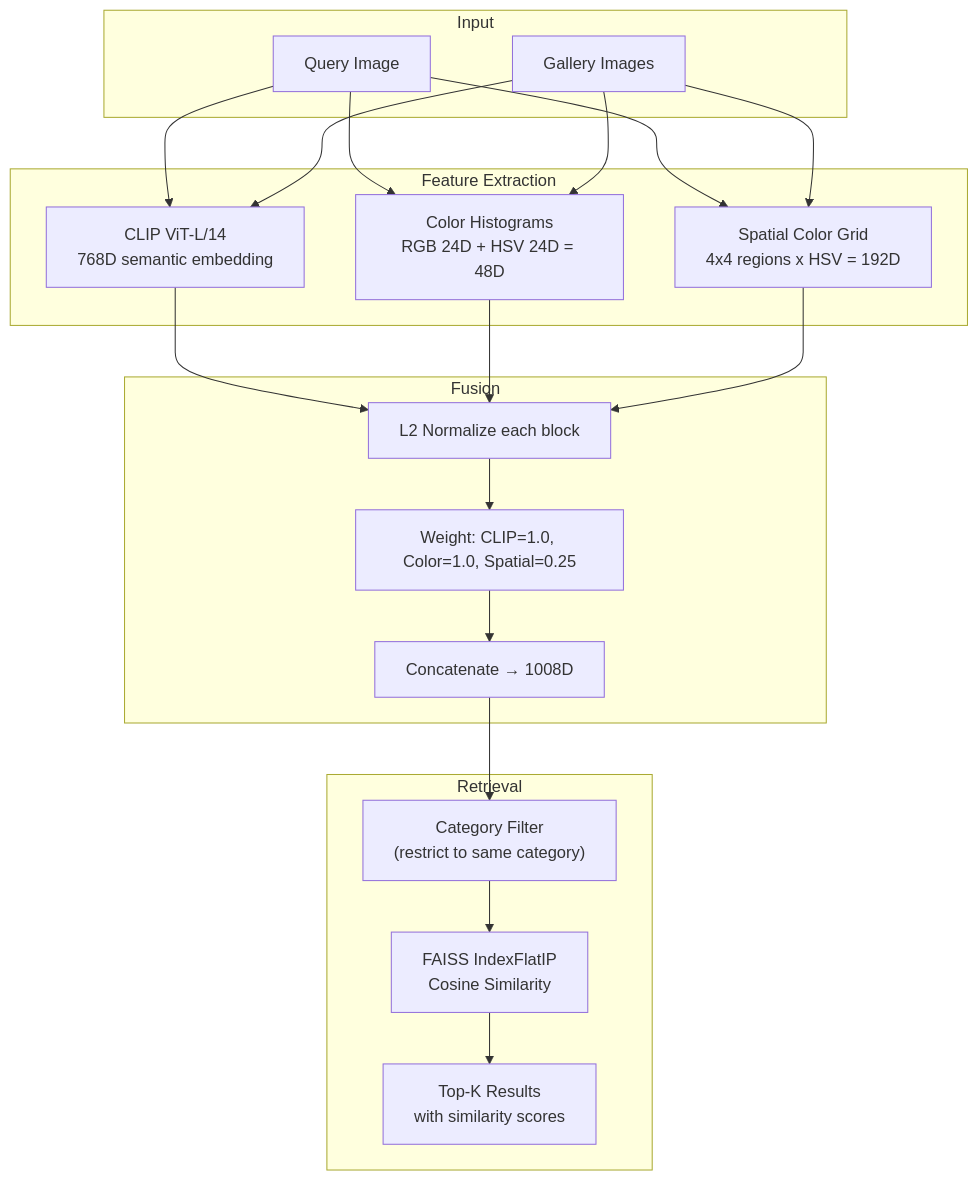
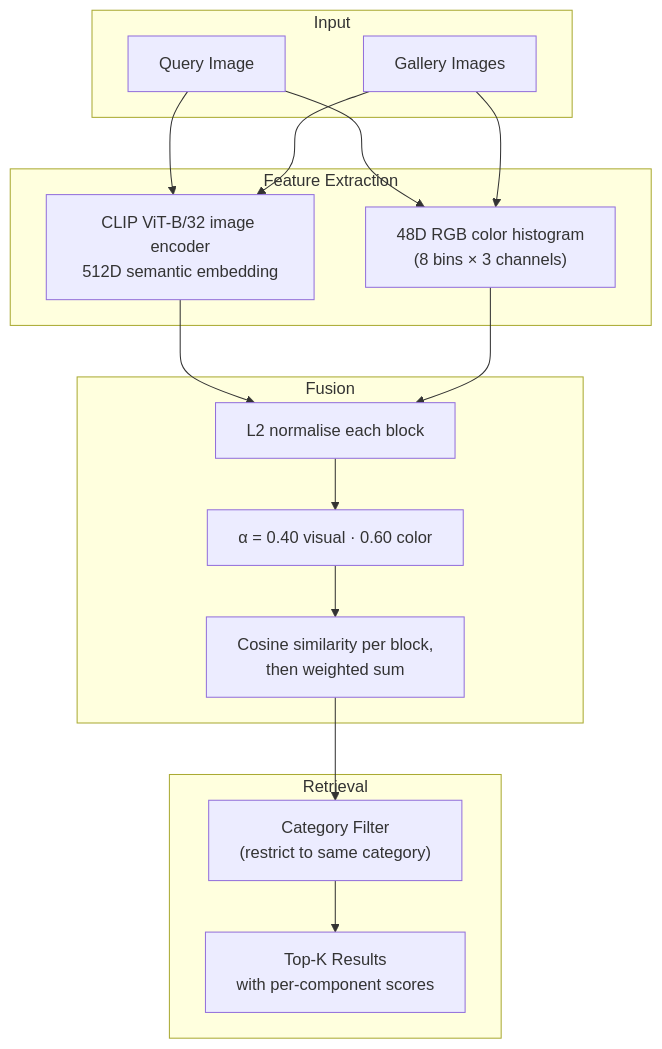
Before and after one commit to anthonyrodrigues443/Visual-Product-Search-Engine: the diagram in README.md, drawn with Mermaid. The commit also changed other lines of this file and 9 other files, not shown here.

````diff
--- a/README.md
+++ b/README.md
@@ -25,33 +23,30 @@
 ```mermaid
 flowchart TB
     subgraph Input
         Q[Query Image]
         G[Gallery Images]
     end
 
     subgraph Feature Extraction
-        CLIP["CLIP ViT-L/14<br/>768D semantic embedding"]
-        COLOR["Color Histograms<br/>RGB 24D + HSV 24D = 48D"]
-        SPATIAL["Spatial Color Grid<br/>4x4 regions x HSV = 192D"]
+        CLIP["CLIP ViT-B/32 image encoder<br/>512D semantic embedding"]
+        COLOR["48D RGB color histogram<br/>(8 bins × 3 channels)"]
     end
 
     subgraph Fusion
-        NORM["L2 Normalize each block"]
-        WEIGHT["Weight: CLIP=1.0, Color=1.0, Spatial=0.25"]
-        CONCAT["Concatenate → 1008D"]
+        NORM["L2 normalise each block"]
+        WEIGHT["α = 0.40 visual · 0.60 color"]
+        SCORE["Cosine similarity per block,<br/>then weighted sum"]
     end
 
     subgraph Retrieval
         CAT["Category Filter<br/>(restrict to same category)"]
-        FAISS["FAISS IndexFlatIP<br/>Cosine Similarity"]
-        RANK["Top-K Results<br/>with similarity scores"]
+        RANK["Top-K Results<br/>with per-component scores"]
     end
 
-    Q --> CLIP & COLOR & SPATIAL
-    G --> CLIP & COLOR & SPATIAL
+    Q --> CLIP & COLOR
+    G --> CLIP & COLOR
     CLIP --> NORM
     COLOR --> NORM
-    SPATIAL --> NORM
-    NORM --> WEIGHT --> CONCAT
-    CONCAT --> CAT --> FAISS --> RANK
+    NORM --> WEIGHT --> SCORE
+    SCORE --> CAT --> RANK
 ```
````
